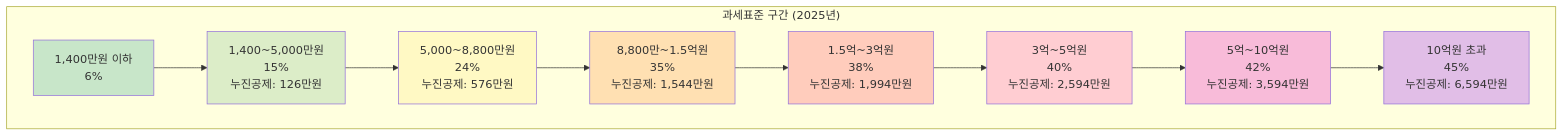
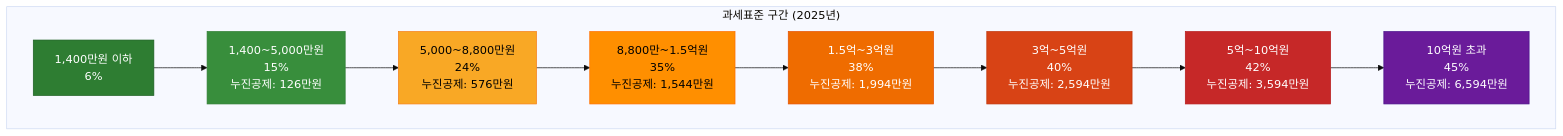
One commit to Z-3000/fina_r changed the third of 18 diagrams in docs/세금로직_플로우차트.md. Above: the diagram before and after it, drawn with Mermaid. The commit also changed other lines of this file, not shown here.

````diff
--- a/docs/세금로직_플로우차트.md
+++ b/docs/세금로직_플로우차트.md
@@ -119,24 +128,25 @@
 ```mermaid
+%%{init: {'theme': 'base'}}%%
 flowchart TB
     subgraph 과세표준["과세표준 구간 (2025년)"]
         A1["1,400만원 이하<br/>6%"]
         A2["1,400~5,000만원<br/>15%<br/>누진공제: 126만원"]
         A3["5,000~8,800만원<br/>24%<br/>누진공제: 576만원"]
         A4["8,800만~1.5억원<br/>35%<br/>누진공제: 1,544만원"]
         A5["1.5억~3억원<br/>38%<br/>누진공제: 1,994만원"]
         A6["3억~5억원<br/>40%<br/>누진공제: 2,594만원"]
         A7["5억~10억원<br/>42%<br/>누진공제: 3,594만원"]
         A8["10억원 초과<br/>45%<br/>누진공제: 6,594만원"]
     end
 
     A1 --> A2 --> A3 --> A4 --> A5 --> A6 --> A7 --> A8
 
-    style A1 fill:#c8e6c9
-    style A2 fill:#dcedc8
-    style A3 fill:#fff9c4
-    style A4 fill:#ffe0b2
-    style A5 fill:#ffccbc
-    style A6 fill:#ffcdd2
-    style A7 fill:#f8bbd9
-    style A8 fill:#e1bee7
+    style A1 fill:#2e7d32,stroke:#1b5e20,color:#fff
+    style A2 fill:#388e3c,stroke:#2e7d32,color:#fff
+    style A3 fill:#f9a825,stroke:#f57f17,color:#000
+    style A4 fill:#ff8f00,stroke:#ff6f00,color:#000
+    style A5 fill:#ef6c00,stroke:#e65100,color:#fff
+    style A6 fill:#d84315,stroke:#bf360c,color:#fff
+    style A7 fill:#c62828,stroke:#b71c1c,color:#fff
+    style A8 fill:#6a1b9a,stroke:#4a148c,color:#fff
 ```
````
